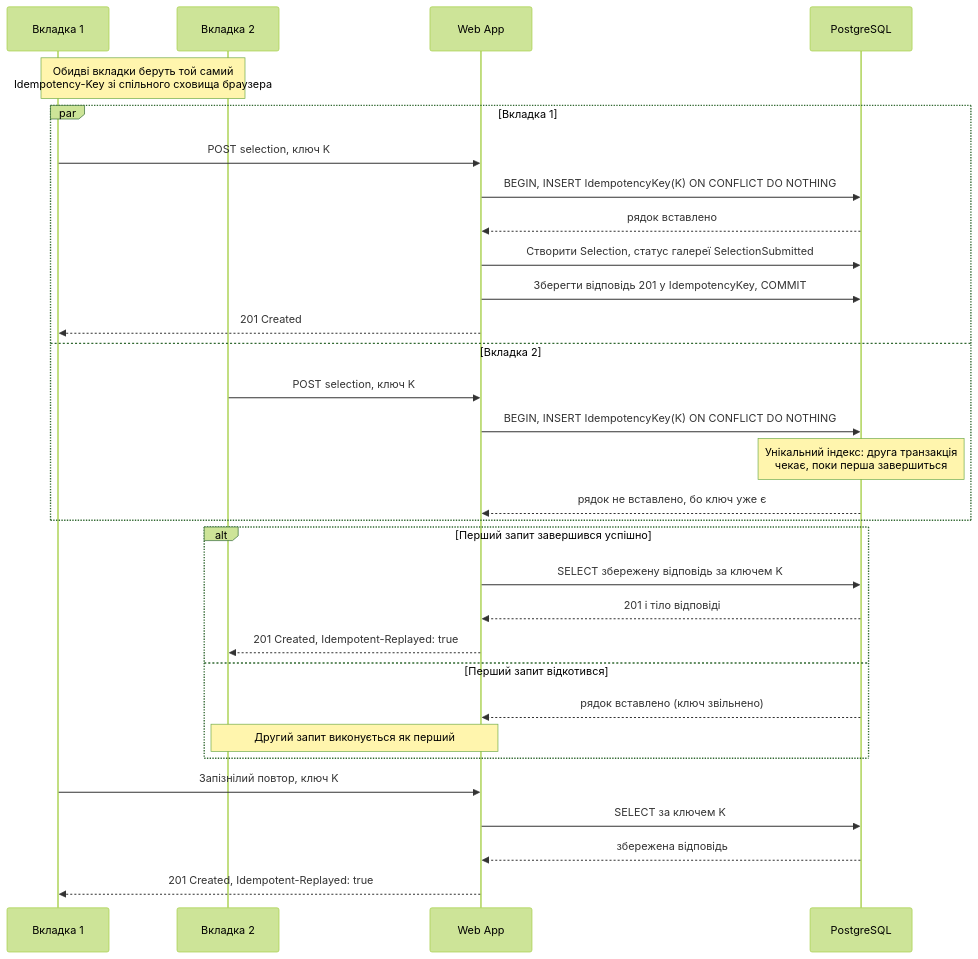
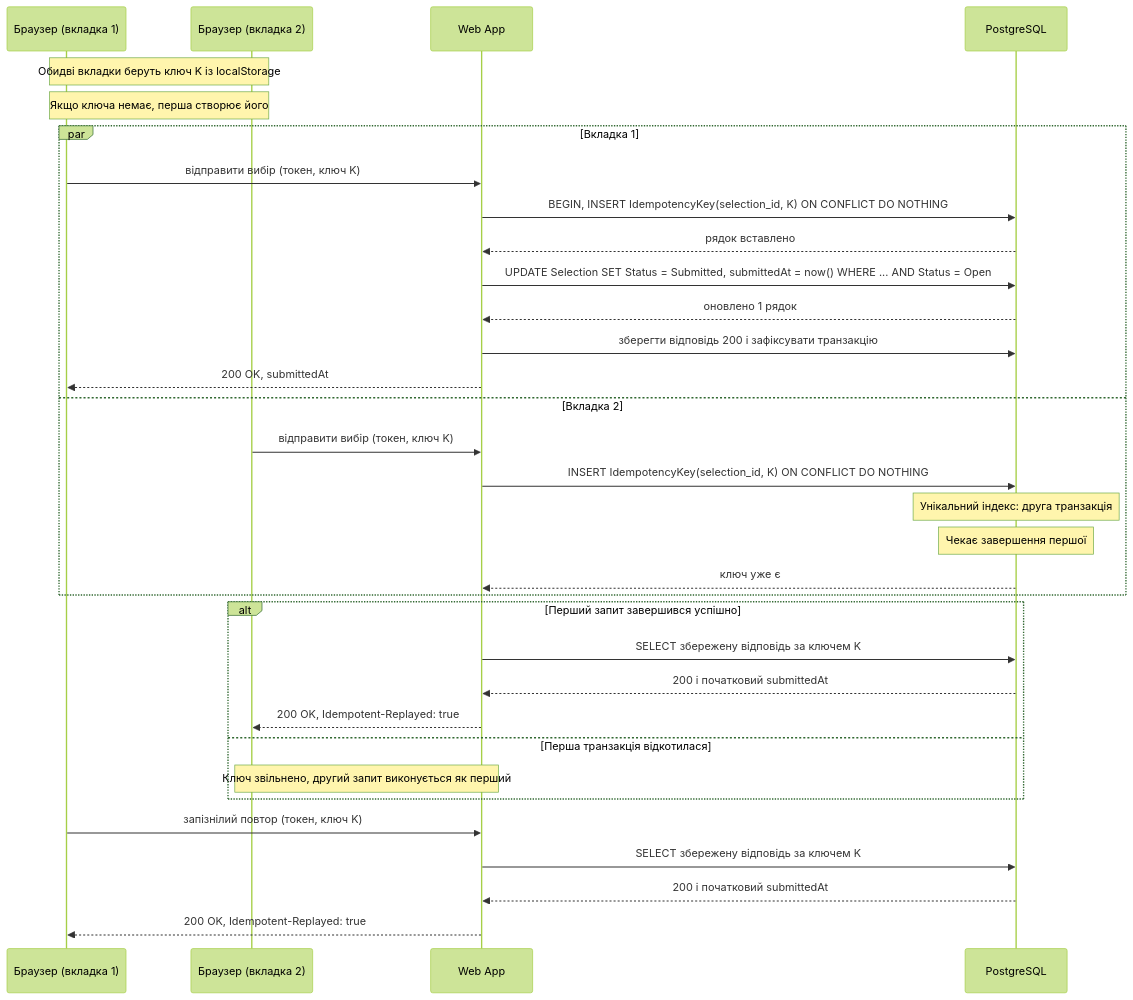
One commit to alonasaienko/picpick changed the diagram in docs/06-concurrency/cs-301-idempotency-key.md. Above: the diagram before and after it, drawn with Mermaid (forest theme). The commit also changed other lines of this file, not shown here.

````diff
--- a/docs/06-concurrency/cs-301-idempotency-key.md
+++ b/docs/06-concurrency/cs-301-idempotency-key.md
@@ -27,34 +27,36 @@
 ```mermaid
 sequenceDiagram
-    participant T1 as Вкладка 1
-    participant T2 as Вкладка 2
+    participant B1 as Браузер (вкладка 1)
+    participant B2 as Браузер (вкладка 2)
     participant API as Web App
     participant DB as PostgreSQL
 
-    Note over T1,T2: Обидві вкладки беруть той самий<br/>Idempotency-Key зі спільного сховища браузера
+    Note over B1,B2: Обидві вкладки беруть ключ K із localStorage
+    Note over B1,B2: Якщо ключа немає, перша створює його
     par Вкладка 1
-        T1->>API: POST selection, ключ K
-        API->>DB: BEGIN, INSERT IdempotencyKey(K) ON CONFLICT DO NOTHING
+        B1->>API: відправити вибір (токен, ключ K)
+        API->>DB: BEGIN, INSERT IdempotencyKey(selection_id, K) ON CONFLICT DO NOTHING
         DB-->>API: рядок вставлено
-        API->>DB: Створити Selection, статус галереї SelectionSubmitted
-        API->>DB: Зберегти відповідь 201 у IdempotencyKey, COMMIT
-        API-->>T1: 201 Created
+        API->>DB: UPDATE Selection SET Status = Submitted, submittedAt = now() WHERE ... AND Status = Open
+        DB-->>API: оновлено 1 рядок
+        API->>DB: зберегти відповідь 200 і зафіксувати транзакцію
+        API-->>B1: 200 OK, submittedAt
     and Вкладка 2
-        T2->>API: POST selection, ключ K
-        API->>DB: BEGIN, INSERT IdempotencyKey(K) ON CONFLICT DO NOTHING
-        Note over DB: Унікальний індекс: друга транзакція<br/>чекає, поки перша завершиться
-        DB-->>API: рядок не вставлено, бо ключ уже є
+        B2->>API: відправити вибір (токен, ключ K)
+        API->>DB: INSERT IdempotencyKey(selection_id, K) ON CONFLICT DO NOTHING
+        Note over DB: Унікальний індекс: друга транзакція
+        Note over DB: Чекає завершення першої
+        DB-->>API: ключ уже є
     end
     alt Перший запит завершився успішно
         API->>DB: SELECT збережену відповідь за ключем K
-        DB-->>API: 201 і тіло відповіді
-        API-->>T2: 201 Created, Idempotent-Replayed: true
-    else Перший запит відкотився
-        DB-->>API: рядок вставлено (ключ звільнено)
-        Note over API,T2: Другий запит виконується як перший
+        DB-->>API: 200 і початковий submittedAt
+        API-->>B2: 200 OK, Idempotent-Replayed: true
+    else Перша транзакція відкотилася
+        Note over API,B2: Ключ звільнено, другий запит виконується як перший
     end
-    T1->>API: Запізнілий повтор, ключ K
-    API->>DB: SELECT за ключем K
-    DB-->>API: збережена відповідь
-    API-->>T1: 201 Created, Idempotent-Replayed: true
+    B1->>API: запізнілий повтор (токен, ключ K)
+    API->>DB: SELECT збережену відповідь за ключем K
+    DB-->>API: 200 і початковий submittedAt
+    API-->>B1: 200 OK, Idempotent-Replayed: true
 ```
````
